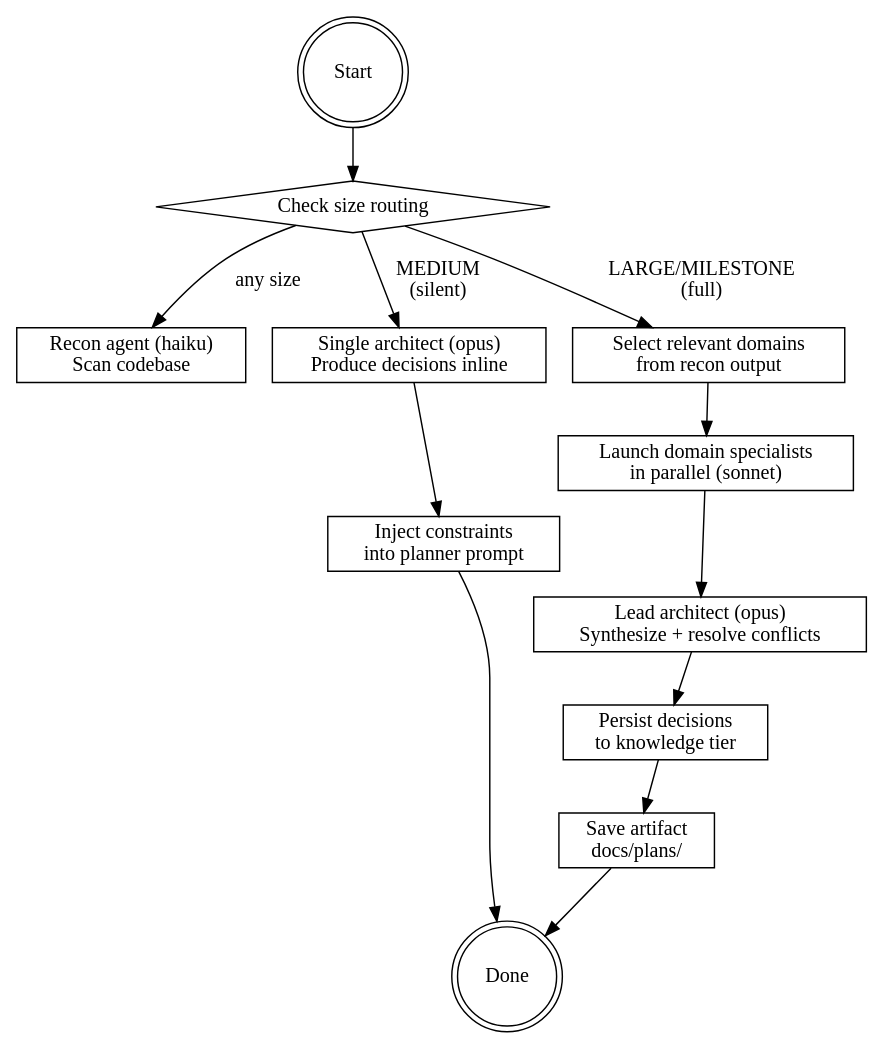
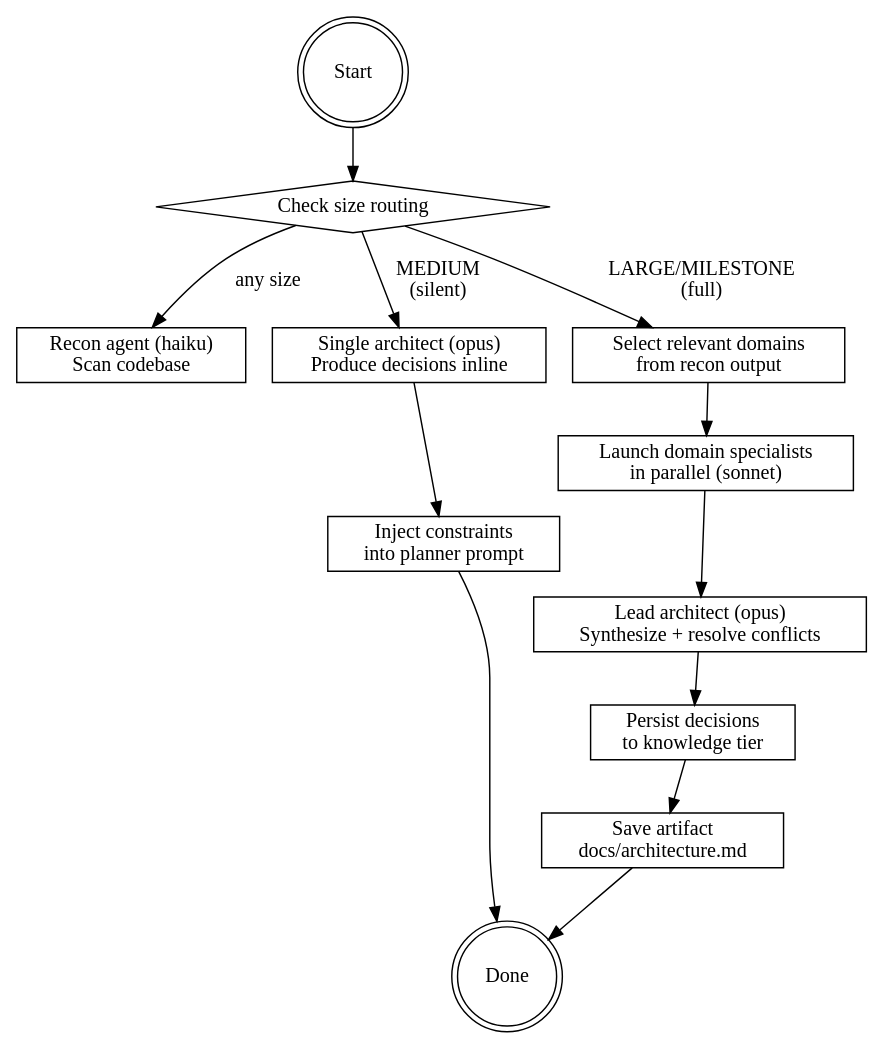
The diagram in skills/architecture/SKILL.md (djwmobley/pipeline), drawn with Graphviz before and after one commit. The commit also changed other lines of this file and 3 other files, not shown here.

First line of the commit message:
feat: v2 Track B — /pipeline:architect produces docs/architecture.md

````diff
--- a/skills/architecture/SKILL.md
+++ b/skills/architecture/SKILL.md
@@ -24,32 +24,32 @@
 ```dot
 digraph architect {
   rankdir=TB;
   node [shape=box];
 
   start [label="Start" shape=doublecircle];
   check_size [label="Check size routing" shape=diamond];
   recon [label="Recon agent (haiku)\nScan codebase"];
   single [label="Single architect (opus)\nProduce decisions inline"];
   inject [label="Inject constraints\ninto planner prompt"];
   select [label="Select relevant domains\nfrom recon output"];
   parallel [label="Launch domain specialists\nin parallel (sonnet)"];
   synth [label="Lead architect (opus)\nSynthesize + resolve conflicts"];
   persist [label="Persist decisions\nto knowledge tier"];
-  save [label="Save artifact\ndocs/plans/"];
+  save [label="Save artifact\ndocs/architecture.md"];
   done [label="Done" shape=doublecircle];
 
   start -> check_size;
   check_size -> recon [label="any size"];
   recon -> check_size [style=invis]; // layout hack
   check_size -> single [label="MEDIUM\n(silent)"];
   single -> inject;
   inject -> done;
 
   check_size -> select [label="LARGE/MILESTONE\n(full)"];
   select -> parallel;
   parallel -> synth;
   synth -> persist;
   persist -> save;
   save -> done;
 }
 ```
````
